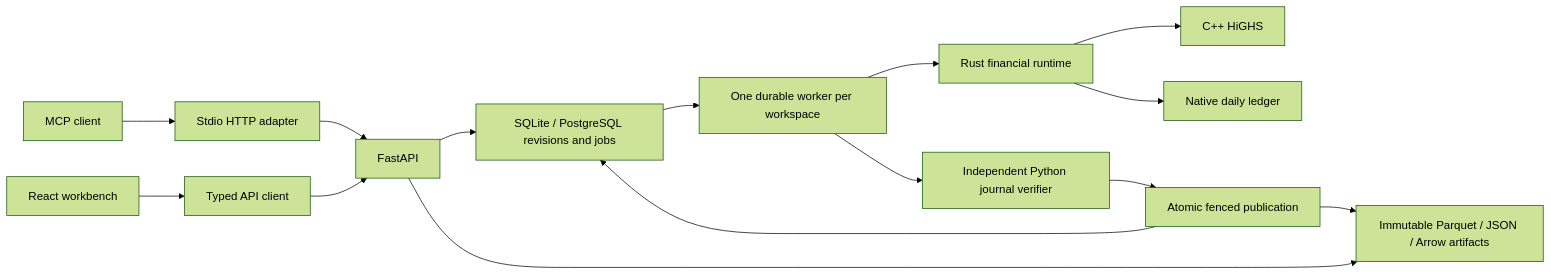
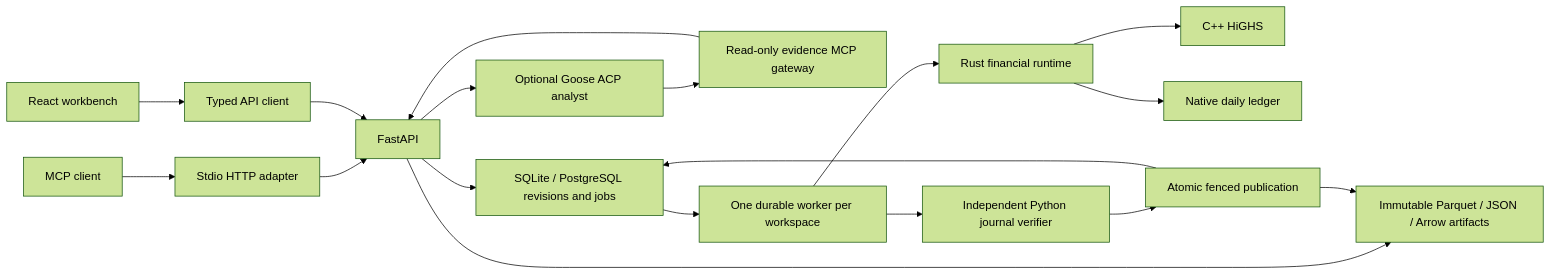
The diagram in docs/architecture.md (beauschwab/model-portfolio-sim), drawn with Mermaid (forest theme) before and after one commit. The commit also changed other lines of this file and 34 other files, not shown here.

First line of the commit message:
Add optional embedded Goose analyst pilot

````diff
--- a/docs/architecture.md
+++ b/docs/architecture.md
@@ -8,17 +8,20 @@
 ```mermaid
 flowchart LR
     Agent[MCP client] --> MCP[Stdio HTTP adapter]
     MCP --> API
     UI[React workbench] --> Client[Typed API client]
     Client --> API[FastAPI]
+    API --> Goose[Optional Goose ACP analyst]
+    Goose --> Evidence[Read-only evidence MCP gateway]
+    Evidence --> API
     API --> SQL[SQLite / PostgreSQL revisions and jobs]
     API --> Objects[Immutable Parquet / JSON / Arrow artifacts]
     SQL --> Worker[One durable worker per workspace]
     Worker --> Rust[Rust financial runtime]
     Rust --> HiGHS[C++ HiGHS]
     Rust --> Ledger[Native daily ledger]
     Worker --> Verify[Independent Python journal verifier]
     Verify --> Publish[Atomic fenced publication]
     Publish --> SQL
     Publish --> Objects
 ```
````
